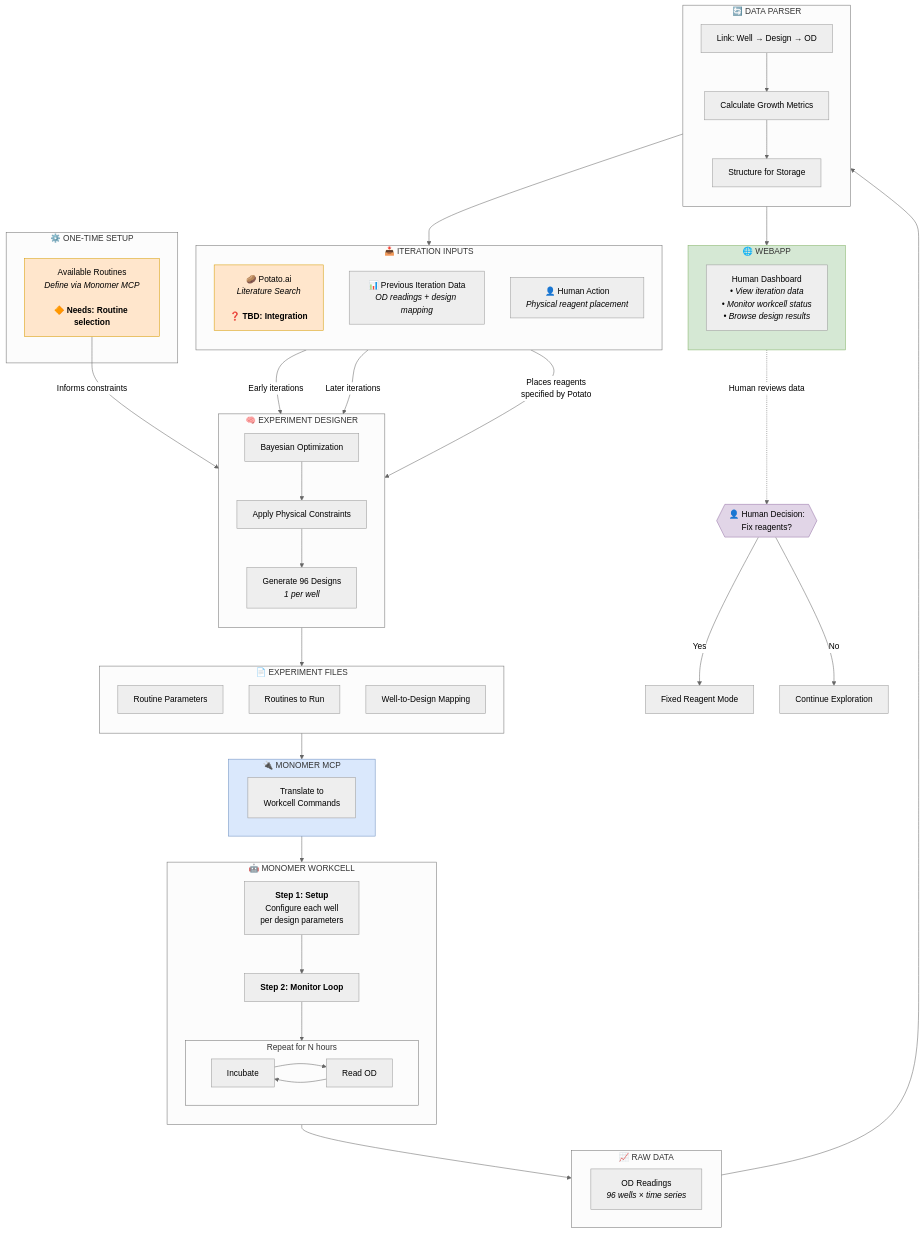
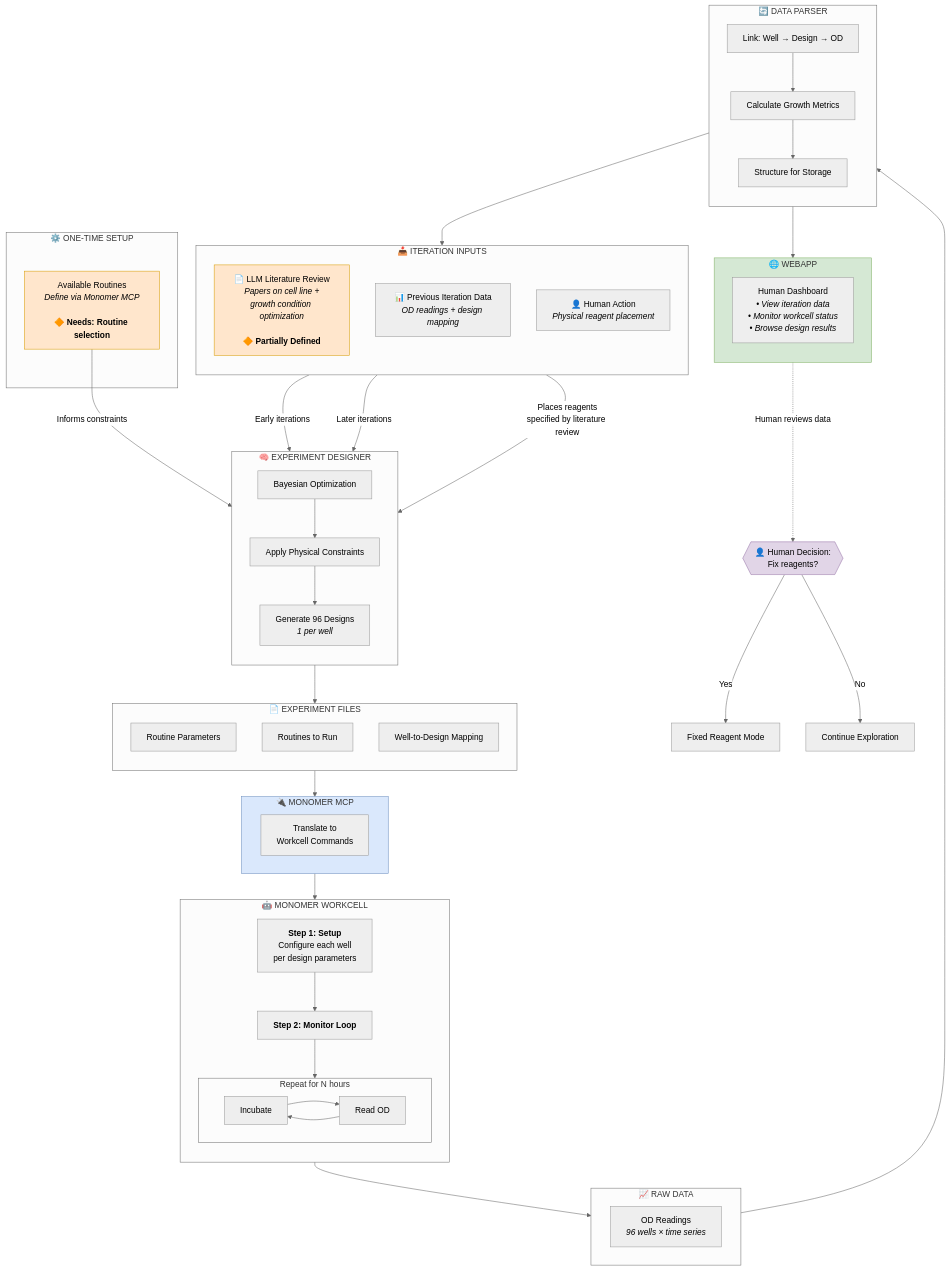
The first of 5 diagrams in SYSTEM_ARCHITECTURE.md (srustisain/closed-loop-ai-scientist-cell-culture-workcell), drawn with Mermaid (neutral theme) before and after one commit. The commit also changed other lines of this file and 1 other file, not shown here.

```diff
--- a/SYSTEM_ARCHITECTURE.md
+++ b/SYSTEM_ARCHITECTURE.md
@@ -53,7 +53,7 @@
 
     subgraph INPUTS["📥 ITERATION INPUTS"]
         direction TB
-        POTATO["🥔 Potato.ai<br/><i>Literature Search</i><br/><br/>❓ <b>TBD: Integration</b>"]
+        LIT_REVIEW["📄 LLM Literature Review<br/><i>Papers on cell line +<br/>growth condition optimization</i><br/><br/>🔶 <b>Partially Defined</b>"]
         PREV_DATA["📊 Previous Iteration Data<br/><i>OD readings + design mapping</i>"]
         HUMAN_REAGENTS["👤 Human Action<br/><i>Physical reagent placement</i>"]
     end
@@ -115,9 +115,9 @@
     ROUTINES -->|"Informs constraints"| DESIGNER
 
     %% Iteration flow
-    POTATO -->|"Early iterations"| DESIGNER
+    LIT_REVIEW -->|"Early iterations"| DESIGNER
     PREV_DATA -->|"Later iterations"| DESIGNER
-    HUMAN_REAGENTS -->|"Places reagents<br/>specified by Potato"| DESIGNER
+    HUMAN_REAGENTS -->|"Places reagents<br/>specified by literature review"| DESIGNER
     
     DESIGNER --> OUTPUT_FILES
     OUTPUT_FILES --> MCP
@@ -133,7 +133,7 @@
     HUMAN_DECISION -->|"Yes"| FIXED_MODE["Fixed Reagent Mode"]
     HUMAN_DECISION -->|"No"| EXPLORATION["Continue Exploration"]
 
-    style POTATO fill:#ffe6cc,stroke:#d79b00
+    style LIT_REVIEW fill:#ffe6cc,stroke:#d79b00
     style ROUTINES fill:#ffe6cc,stroke:#d79b00
     style HUMAN_DECISION fill:#e1d5e7,stroke:#9673a6
     style MCP fill:#dae8fc,stroke:#6c8ebf
```
